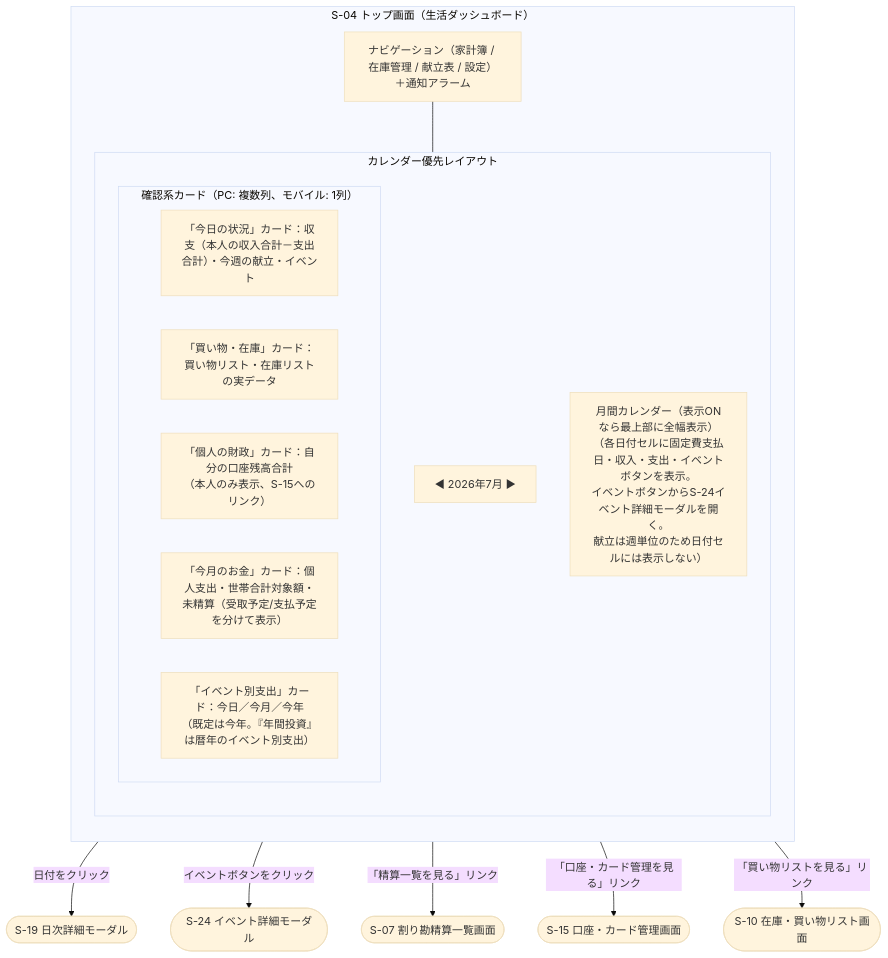
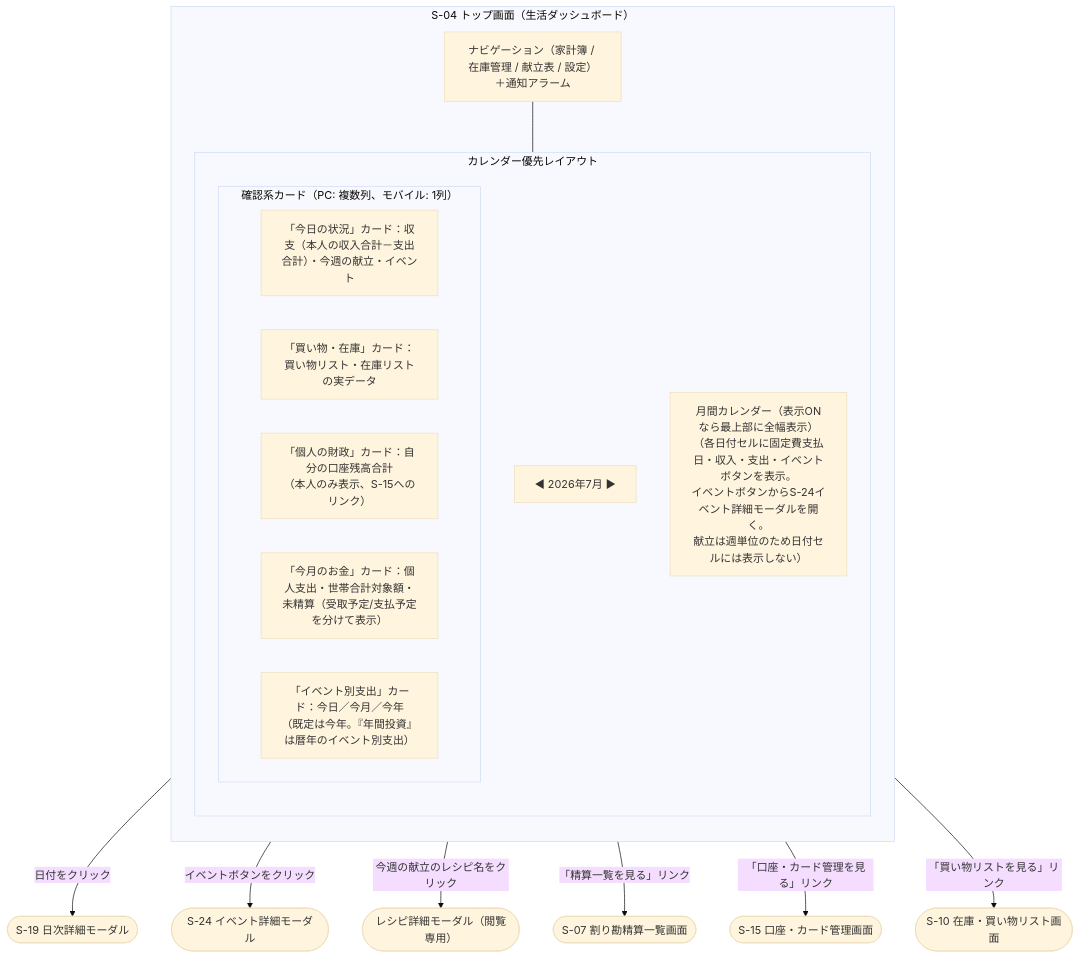
The fourth of 19 diagrams in docs/details/wireframes.md (yamamotonaoki3/HomeLog), drawn with Mermaid (base theme) before and after one commit. The commit also changed other lines of this file and 6 other files, not shown here.

````diff
--- a/docs/details/wireframes.md
+++ b/docs/details/wireframes.md
@@ -170,26 +170,27 @@
 ```mermaid
 flowchart TD
     subgraph Screen["S-04 トップ画面（生活ダッシュボード）"]
         direction TB
         Nav["ナビゲーション（家計簿 / 在庫管理 / 献立表 / 設定）＋通知アラーム"]
         subgraph Layout["カレンダー優先レイアウト"]
             direction TB
             Header["◀ 2026年7月 ▶"]
             Calendar["月間カレンダー（表示ONなら最上部に全幅表示）\n（各日付セルに固定費支払日・収入・支出・イベントボタンを表示。\nイベントボタンからS-24イベント詳細モーダルを開く。\n献立は週単位のため日付セルには表示しない）"]
             subgraph SummaryCards["確認系カード（PC: 複数列、モバイル: 1列）"]
                 direction LR
                 Today["「今日の状況」カード：収支（本人の収入合計－支出合計）・今週の献立・イベント"]
                 Stock["「買い物・在庫」カード：買い物リスト・在庫リストの実データ"]
                 Finance["「個人の財政」カード：自分の口座残高合計\n（本人のみ表示、S-15へのリンク）"]
                 Money["「今月のお金」カード：個人支出・世帯合計対象額・\n未精算（受取予定/支払予定を分けて表示）"]
                 EventExpenses["「イベント別支出」カード：今日／今月／今年\n（既定は今年。『年間投資』は暦年のイベント別支出）"]
             end
         end
     end
     Nav --- Layout
     Calendar -- 日付をクリック --> DayModal(["S-19 日次詳細モーダル"])
     Calendar -- イベントボタンをクリック --> EventModal(["S-24 イベント詳細モーダル"])
+    Today -- 今週の献立のレシピ名をクリック --> RecipeModal(["レシピ詳細モーダル（閲覧専用）"])
     Money -- 「精算一覧を見る」リンク --> S07(["S-07 割り勘精算一覧画面"])
     Finance -- 「口座・カード管理を見る」リンク --> S15(["S-15 口座・カード管理画面"])
     Stock -- 「買い物リストを見る」リンク --> S10(["S-10 在庫・買い物リスト画面"])
 ```
````
